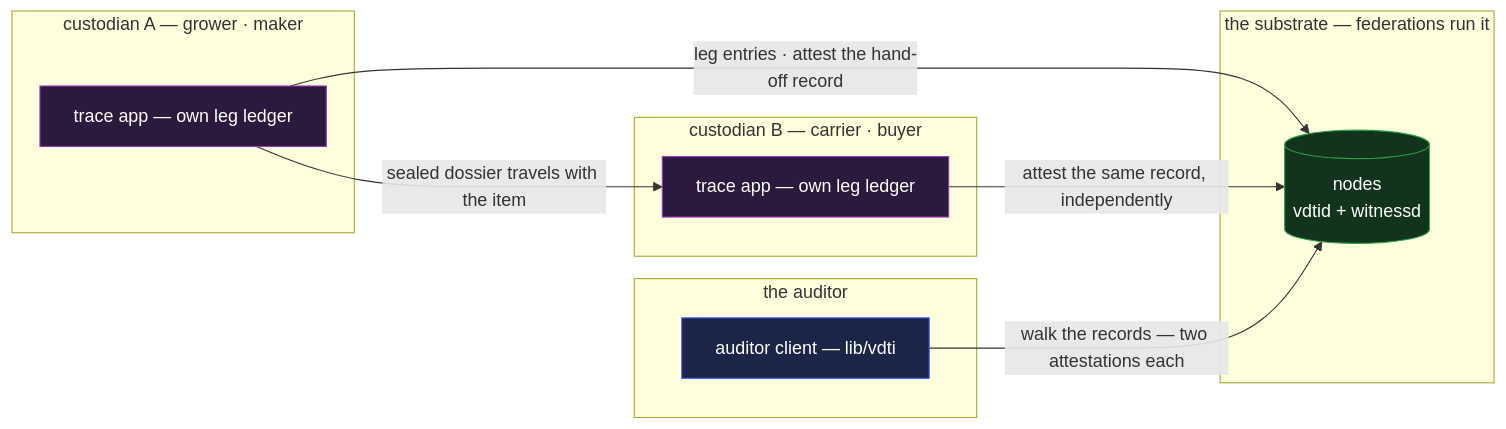
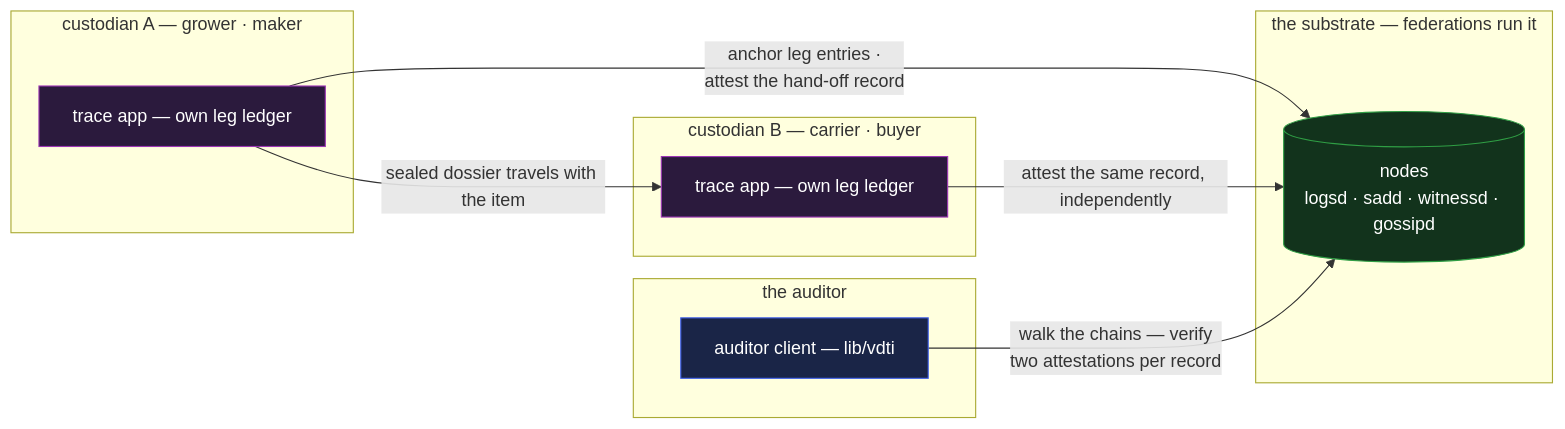
The diagram in docs/design/example-applications/trace.md (jasoncolburne/vdti), drawn with Mermaid before and after one commit. The commit also changed other lines of this file and 79 other files, not shown here.

````diff
--- a/docs/design/example-applications/trace.md
+++ b/docs/design/example-applications/trace.md
@@ -12,22 +12,22 @@
 ```mermaid
 flowchart LR
   subgraph custA["custodian A — grower · maker"]
     aApp["trace app — own leg ledger"]:::app
   end
   subgraph custB["custodian B — carrier · buyer"]
     bApp["trace app — own leg ledger"]:::app
   end
   subgraph auditor["the auditor"]
     audlib["auditor client — lib/vdti"]:::lib
   end
   subgraph sub["the substrate — federations run it"]
-    node[("nodes<br/>vdtid + witnessd")]:::svc
+    node[("nodes<br/>logsd · sadd · witnessd · gossipd")]:::svc
   end
-  aApp -->|"leg entries · attest the hand-off record"| node
+  aApp -->|"anchor leg entries ·<br/>attest the hand-off record"| node
   bApp -->|"attest the same record, independently"| node
   aApp -->|"sealed dossier travels with the item"| bApp
-  audlib -->|"walk the records — two attestations each"| node
+  audlib -->|"walk the chains — verify<br/>two attestations per record"| node
   classDef app fill:#2b1a3d,stroke:#9c36b5,color:#fff
   classDef lib fill:#1a2547,stroke:#4263eb,color:#fff
   classDef svc fill:#12331c,stroke:#2f9e44,color:#fff
 ```
````
